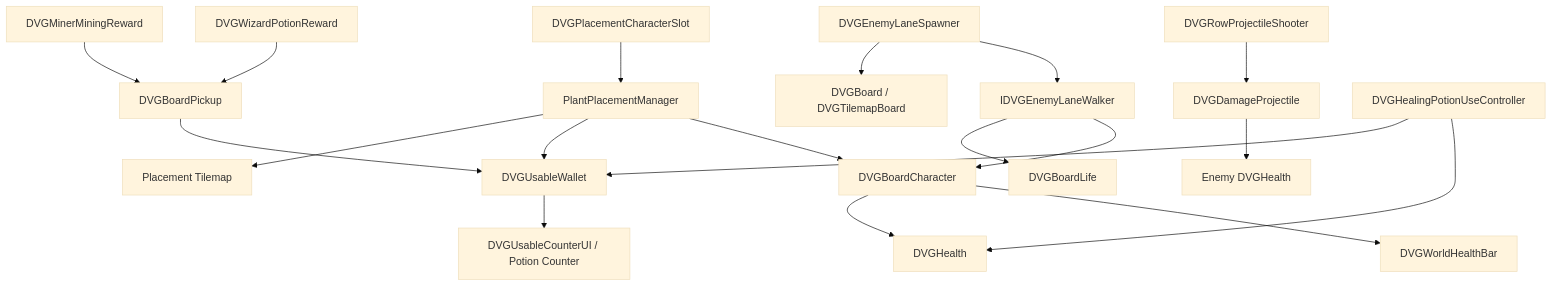
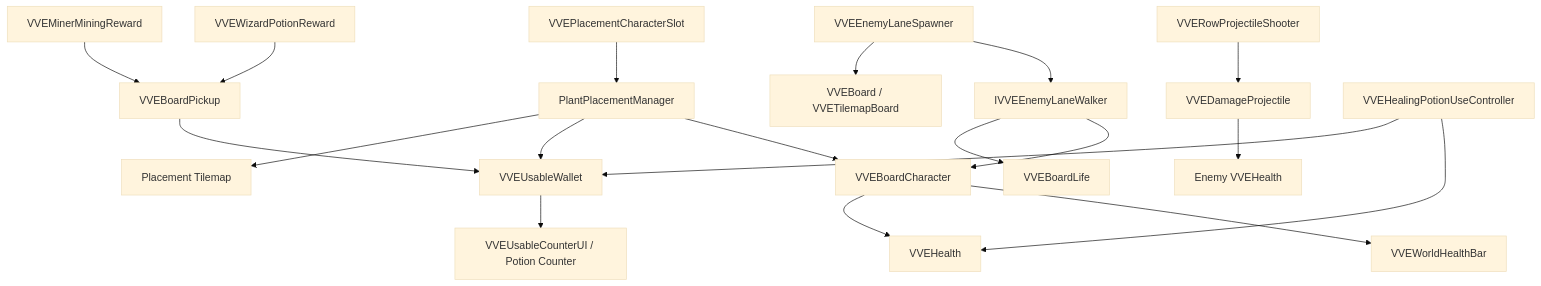
The diagram in docs/ARCHITECTURE.md (alyssonee1010/DVG), drawn with Mermaid (base theme) before and after one commit. The commit also changed other lines of this file and 76 other files, not shown here.

````diff
--- a/docs/ARCHITECTURE.md
+++ b/docs/ARCHITECTURE.md
@@ -18,21 +18,21 @@
 ```mermaid
 flowchart TD
-    Wallet["DVGUsableWallet"] --> Counters["DVGUsableCounterUI / Potion Counter"]
-    Slot["DVGPlacementCharacterSlot"] --> Placement["PlantPlacementManager"]
+    Wallet["VVEUsableWallet"] --> Counters["VVEUsableCounterUI / Potion Counter"]
+    Slot["VVEPlacementCharacterSlot"] --> Placement["PlantPlacementManager"]
     Placement --> Tilemap["Placement Tilemap"]
     Placement --> Wallet
-    Placement --> Character["DVGBoardCharacter"]
-    Character --> Health["DVGHealth"]
-    Character --> HealthBar["DVGWorldHealthBar"]
-    Spawner["DVGEnemyLaneSpawner"] --> Board["DVGBoard / DVGTilemapBoard"]
-    Spawner --> Enemy["IDVGEnemyLaneWalker"]
-    Enemy --> BoardLife["DVGBoardLife"]
+    Placement --> Character["VVEBoardCharacter"]
+    Character --> Health["VVEHealth"]
+    Character --> HealthBar["VVEWorldHealthBar"]
+    Spawner["VVEEnemyLaneSpawner"] --> Board["VVEBoard / VVETilemapBoard"]
+    Spawner --> Enemy["IVVEEnemyLaneWalker"]
+    Enemy --> BoardLife["VVEBoardLife"]
     Enemy --> Character
-    Shooter["DVGRowProjectileShooter"] --> Projectile["DVGDamageProjectile"]
-    Projectile --> EnemyHealth["Enemy DVGHealth"]
-    Miner["DVGMinerMiningReward"] --> Pickup["DVGBoardPickup"]
-    PotionMaker["DVGWizardPotionReward"] --> Pickup
+    Shooter["VVERowProjectileShooter"] --> Projectile["VVEDamageProjectile"]
+    Projectile --> EnemyHealth["Enemy VVEHealth"]
+    Miner["VVEMinerMiningReward"] --> Pickup["VVEBoardPickup"]
+    PotionMaker["VVEWizardPotionReward"] --> Pickup
     Pickup --> Wallet
-    PotionUse["DVGHealingPotionUseController"] --> Wallet
+    PotionUse["VVEHealingPotionUseController"] --> Wallet
     PotionUse --> Health
 ```
````
